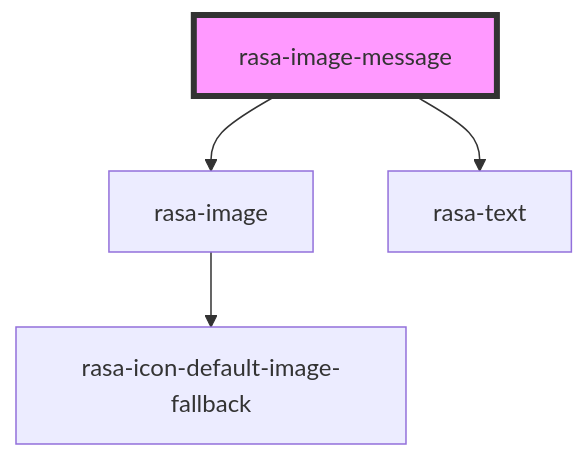
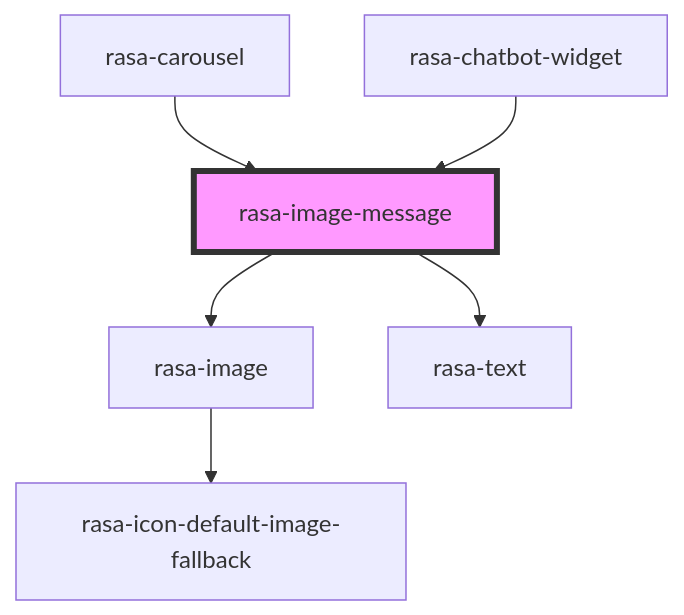
One commit to RasaHQ/chat-widget changed the diagram in packages/web-component/src/components/image-message/readme.md. Above: the diagram before and after it, drawn with Mermaid. The commit also changed other lines of this file and 41 other files, not shown here.

````diff
--- a/packages/web-component/src/components/image-message/readme.md
+++ b/packages/web-component/src/components/image-message/readme.md
@@ -25,7 +32,9 @@
 ```mermaid
 graph TD;
   rasa-image-message --> rasa-image
   rasa-image-message --> rasa-text
   rasa-image --> rasa-icon-default-image-fallback
+  rasa-carousel --> rasa-image-message
+  rasa-chatbot-widget --> rasa-image-message
   style rasa-image-message fill:#f9f,stroke:#333,stroke-width:4px
 ```
````
